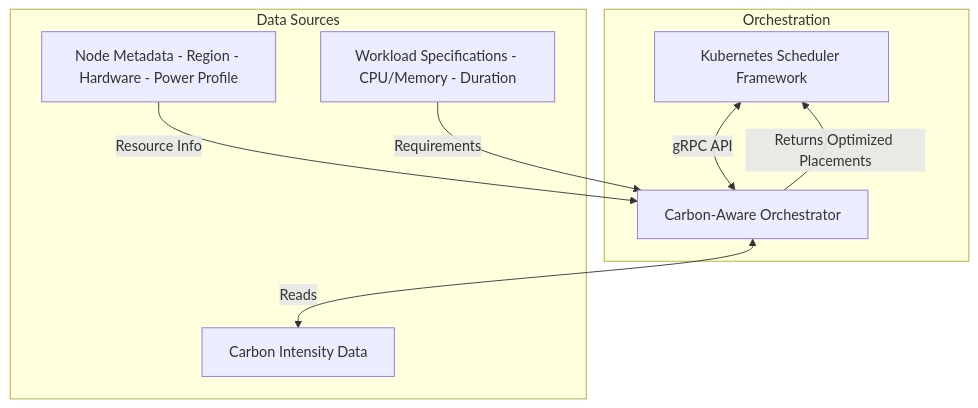
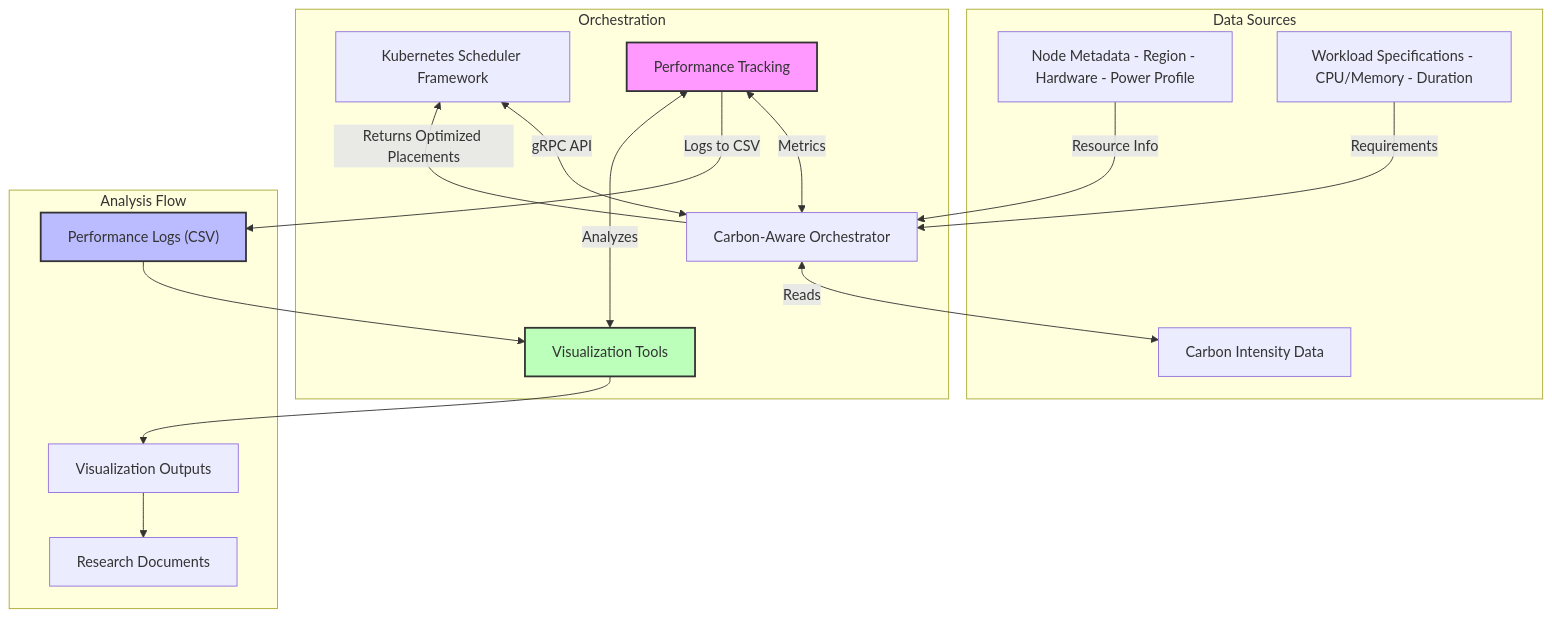
The diagram in README.md (nasadov/carbon-aware-orchestrator), drawn with Mermaid before and after one commit. The commit also changed other lines of this file and 17 other files, not shown here.

````diff
--- a/README.md
+++ b/README.md
@@ -228,18 +306,31 @@
 ```mermaid
 flowchart TB
       subgraph Orchestration
             K["Kubernetes Scheduler Framework"] <--gRPC API--> C["Carbon-Aware Orchestrator"]
+            P["Performance Tracking"] <-- Metrics --> C
+            V["Visualization Tools"] <-- Analyzes --> P
       end
       
       subgraph Data Sources
             D["Carbon Intensity Data"]
             N["Node Metadata - Region - Hardware - Power Profile"]
             W["Workload Specifications - CPU/Memory - Duration"]
       end
       
+      subgraph Analysis Flow
+            CSV["Performance Logs (CSV)"] --> V
+            V --> Figs["Visualization Outputs"]
+            Figs --> Doc["Research Documents"]
+      end
+      
       C <--Reads--> D
       N --"Resource Info"--> C
       W --"Requirements"--> C
       
       C --"Returns Optimized Placements"--> K
+      P --"Logs to CSV"--> CSV
+      
+      style P fill:#f9f,stroke:#333,stroke-width:2px
+      style CSV fill:#bbf,stroke:#333,stroke-width:2px
+      style V fill:#bfb,stroke:#333,stroke-width:2px
 ```
````
